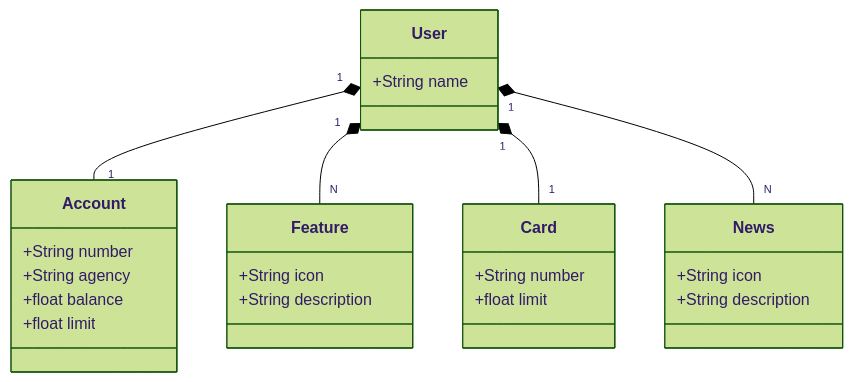
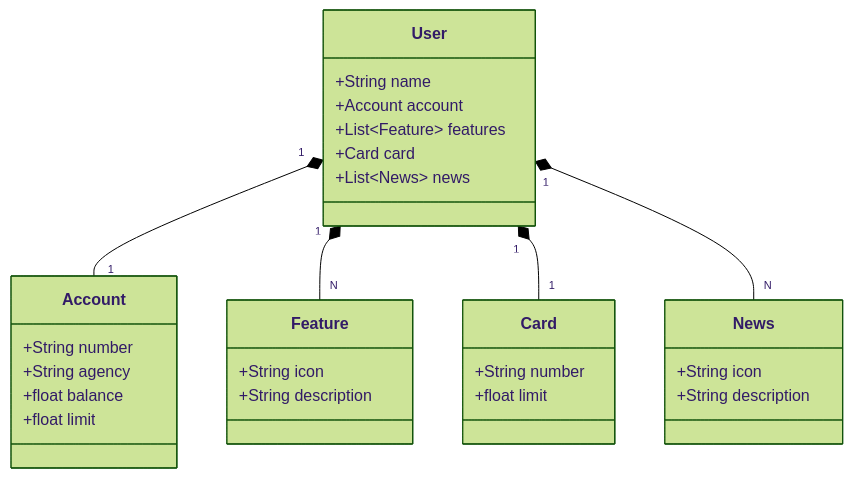
One commit to CdevTak/santander-dev-week-2023 changed the diagram in README.md. Above: the diagram before and after it, drawn with Mermaid (forest theme).

````diff
--- a/README.md
+++ b/README.md
@@ -6,33 +6,37 @@
 ```mermaid
 classDiagram
     class User {
         +String name
+        +Account account
+        +List~Feature~ features
+        +Card card
+        +List~News~ news
     }
 
     class Account {
         +String number
         +String agency
         +float balance
         +float limit
     }
 
     class Feature {
         +String icon
         +String description
     }
 
     class Card {
         +String number
         +float limit
     }
 
     class News {
         +String icon
         +String description
     }
 
     User "1" *-- "1" Account
     User "1" *-- "N" Feature 
     User "1" *-- "1" Card 
     User "1" *-- "N" News 
 ```
````
